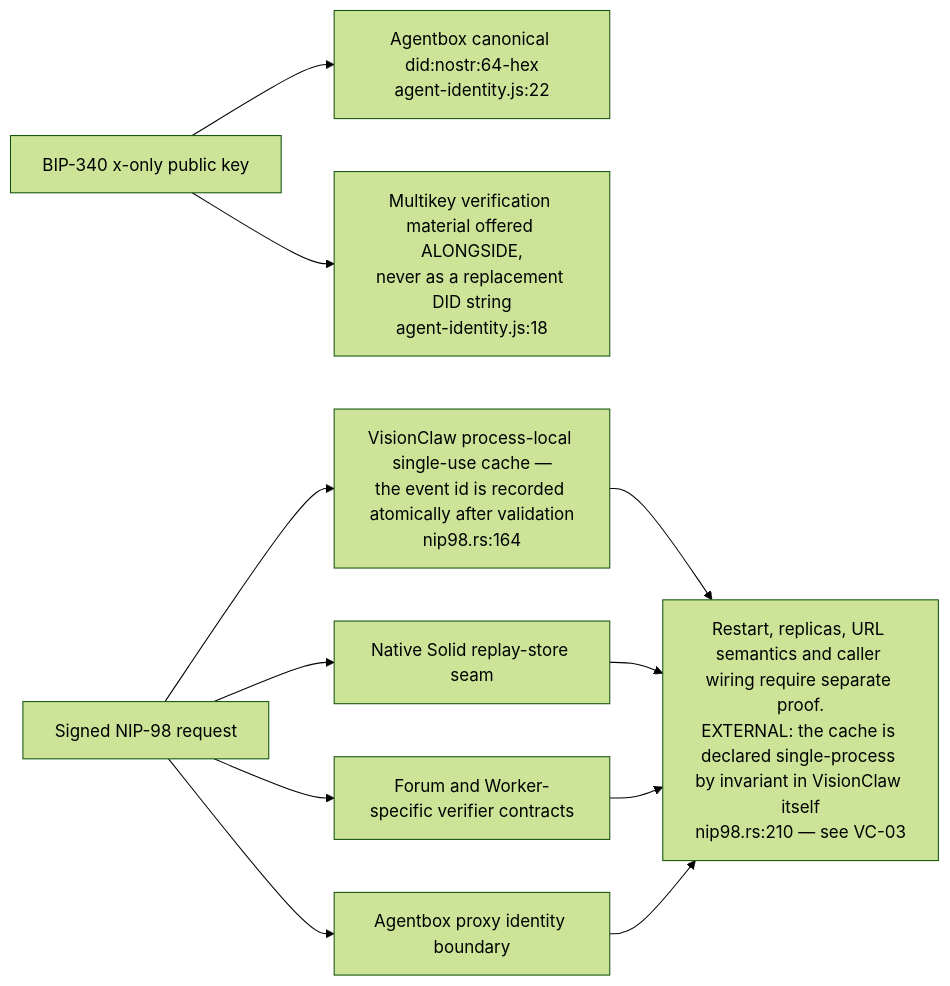
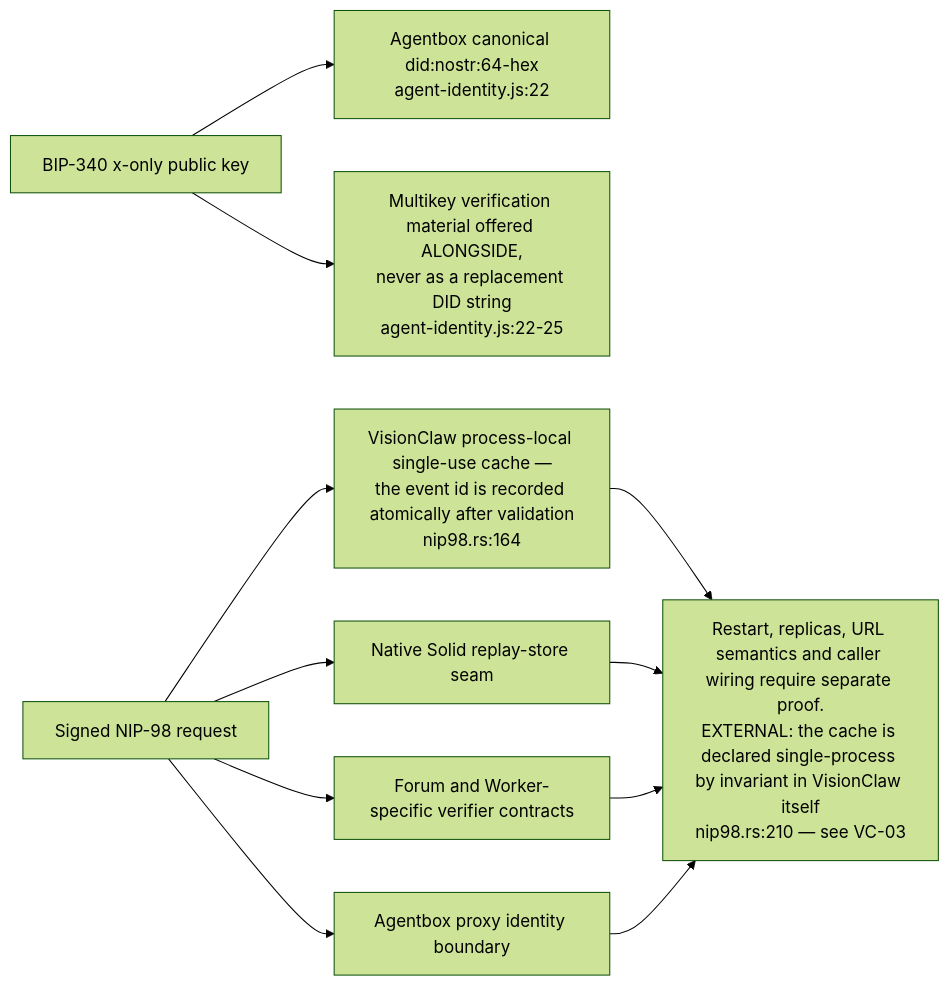
The second of 7 diagrams in docs/diagrams/visionflow/08-compatibility-and-dependency-direction.md (DreamLab-AI/VisionFlow), drawn with Mermaid (forest theme) before and after one commit. The commit also changed other lines of this file and 91 other files, not shown here.

````diff
--- a/docs/diagrams/visionflow/08-compatibility-and-dependency-direction.md
+++ b/docs/diagrams/visionflow/08-compatibility-and-dependency-direction.md
@@ -72,13 +72,13 @@
 ```mermaid
 flowchart LR
     KEY["BIP-340 x-only public key"] --> DID["Agentbox canonical did:nostr:64-hex<br/>agent-identity.js:22"]
-    KEY --> MULTI["Multikey verification material offered ALONGSIDE,<br/>never as a replacement DID string<br/>agent-identity.js:18"]
+    KEY --> MULTI["Multikey verification material offered ALONGSIDE,<br/>never as a replacement DID string<br/>agent-identity.js:22-25"]
     REQ["Signed NIP-98 request"] --> VC["VisionClaw process-local single-use cache —<br/>the event id is recorded atomically after validation<br/>nip98.rs:164"]
     REQ --> POD["Native Solid replay-store seam"]
     REQ --> EDGE["Forum and Worker-specific verifier contracts"]
     REQ --> AB["Agentbox proxy identity boundary"]
     VC --> LIMIT["Restart, replicas, URL semantics and caller wiring require separate proof.<br/>EXTERNAL: the cache is declared single-process by invariant in VisionClaw itself<br/>nip98.rs:210 — see VC-03"]
     POD --> LIMIT
     EDGE --> LIMIT
     AB --> LIMIT
 ```
````
